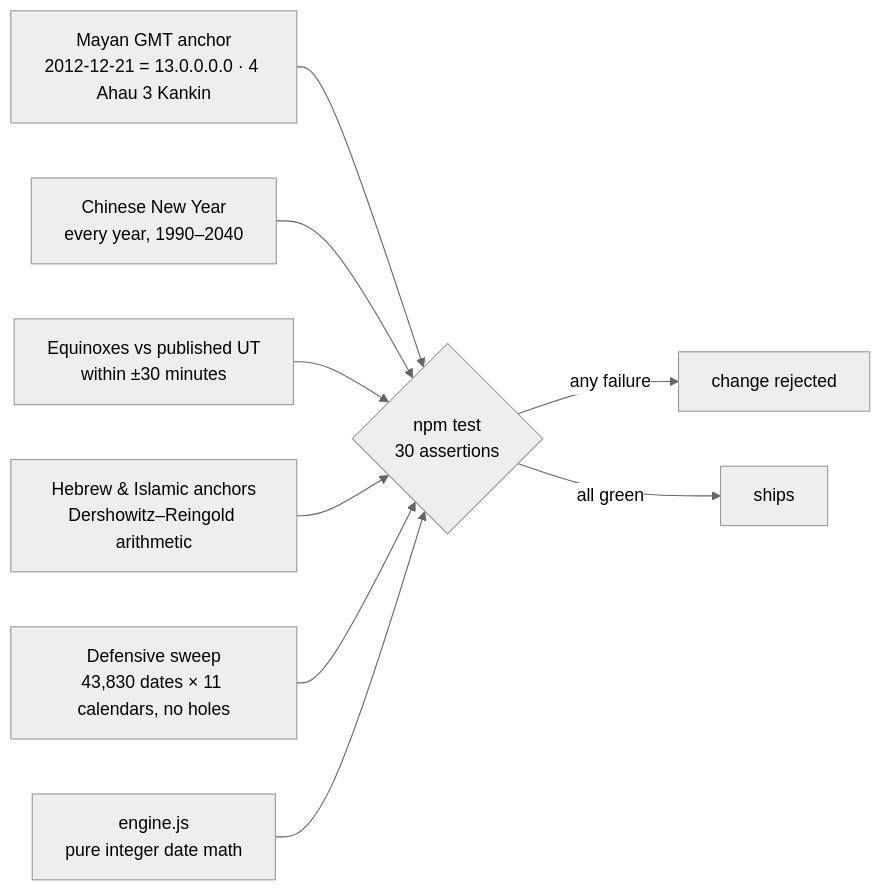
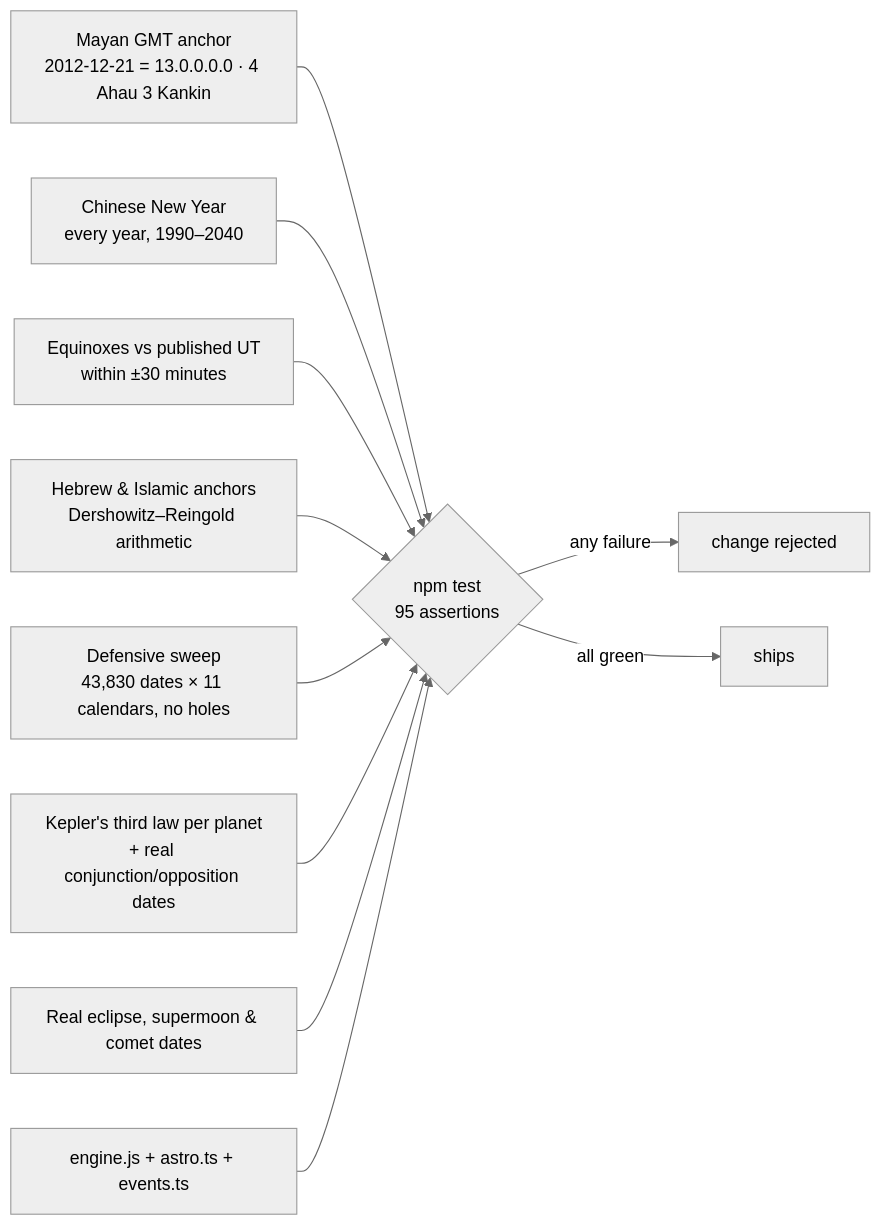
Before and after one commit to DyllonWright/Eleven-Days: the second of 2 diagrams in README.md, drawn with Mermaid (neutral theme). The commit also changed other lines of this file, not shown here.

````diff
--- a/README.md
+++ b/README.md
@@ -57,11 +57,13 @@
 ```mermaid
 flowchart LR
     K1["Mayan GMT anchor<br/>2012-12-21 = 13.0.0.0.0 · 4 Ahau 3 Kankin"] --> S
     K2["Chinese New Year<br/>every year, 1990–2040"] --> S
     K3["Equinoxes vs published UT<br/>within ±30 minutes"] --> S
     K4["Hebrew & Islamic anchors<br/>Dershowitz–Reingold arithmetic"] --> S
     K5["Defensive sweep<br/>43,830 dates × 11 calendars, no holes"] --> S
-    E["engine.js<br/>pure integer date math"] --> S{"npm test<br/>30 assertions"}
+    K6["Kepler's third law per planet<br/>+ real conjunction/opposition dates"] --> S
+    K7["Real eclipse, supermoon & comet dates"] --> S
+    E["engine.js + astro.ts + events.ts"] --> S{"npm test<br/>95 assertions"}
     S -->|any failure| X["change rejected"]
     S -->|all green| R["ships"]
 ```
````
